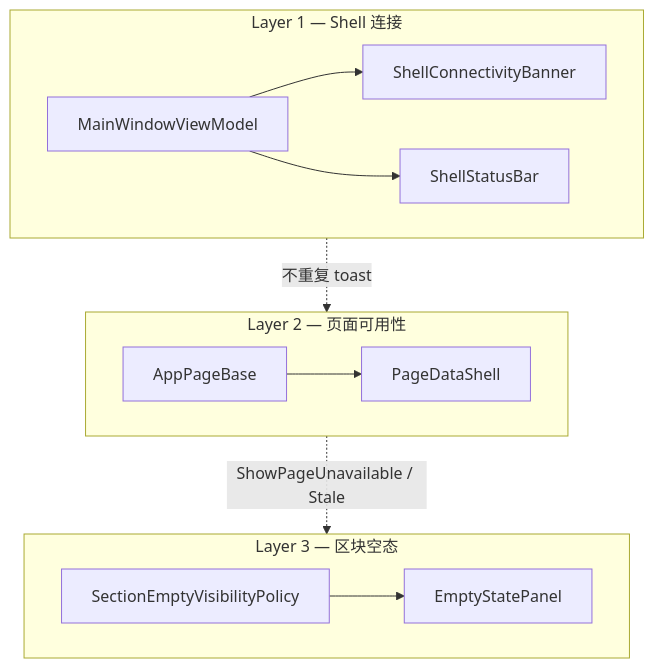
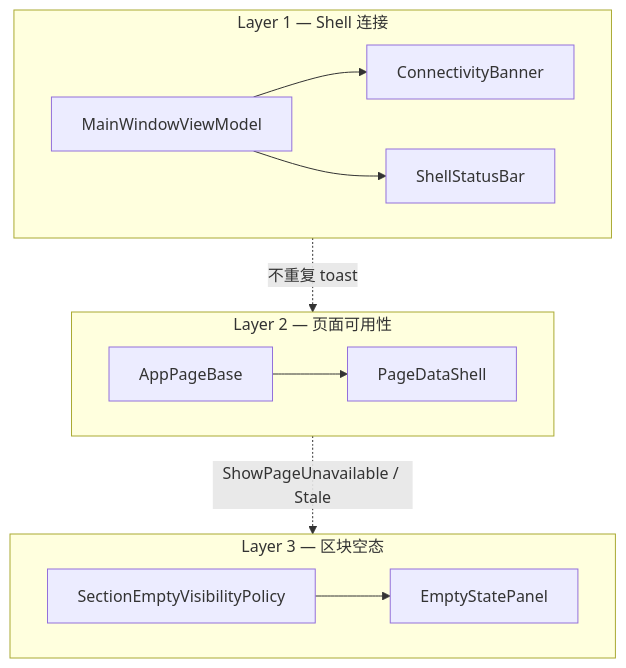
Before and after one commit to pacmandoh/pactoolkits: the diagram in docs/architecture/desktop-state.md, drawn with Mermaid. The commit also changed other lines of this file and 22 other files, not shown here.

````diff
--- a/docs/architecture/desktop-state.md
+++ b/docs/architecture/desktop-state.md
@@ -9,25 +9,25 @@
 ```mermaid
 flowchart TB
   subgraph L1["Layer 1 — Shell 连接"]
     MW["MainWindowViewModel"]
-    Banner["ShellConnectivityBanner"]
+    Banner["ConnectivityBanner"]
     Status["ShellStatusBar"]
     MW --> Banner
     MW --> Status
   end
 
   subgraph L2["Layer 2 — 页面可用性"]
     Base["AppPageBase"]
     Shell["PageDataShell"]
     Base --> Shell
   end
 
   subgraph L3["Layer 3 — 区块空态"]
     Empty["EmptyStatePanel"]
     Policy["SectionEmptyVisibilityPolicy"]
     Policy --> Empty
   end
 
   L1 -.->|不重复 toast| L2
   L2 -.->|ShowPageUnavailable / Stale| L3
 ```
````
